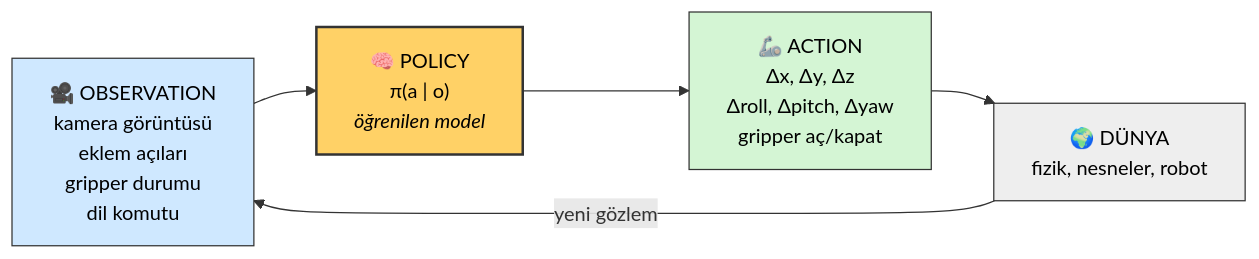
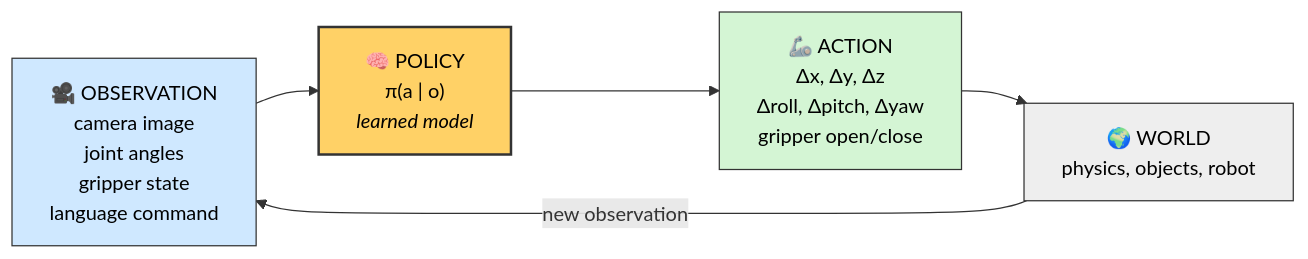
The diagram in lectures/images/lecture-01/01-loop.mmd (mesutd0nmez/vla-robot-learning-tr), drawn with Mermaid before and after one commit. The commit also changed 430 other files, not shown here.

```diff
--- a/lectures/images/lecture-01/01-loop.mmd
+++ b/lectures/images/lecture-01/01-loop.mmd
@@ -1,9 +1,9 @@
 flowchart LR
-    O["🎥 OBSERVATION<br/>kamera görüntüsü<br/>eklem açıları<br/>gripper durumu<br/>dil komutu"] --> P["🧠 POLICY<br/>π(a | o)<br/><i>öğrenilen model</i>"]
-    P --> A["🦾 ACTION<br/>Δx, Δy, Δz<br/>Δroll, Δpitch, Δyaw<br/>gripper aç/kapat"]
-    A --> W["🌍 DÜNYA<br/>fizik, nesneler, robot"]
-    W -->|"yeni gözlem"| O
+    O["🎥 OBSERVATION<br/>camera image<br/>joint angles<br/>gripper state<br/>language command"] --> P["🧠 POLICY<br/>π(a | o)<br/><i>learned model</i>"]
+    P --> A["🦾 ACTION<br/>Δx, Δy, Δz<br/>Δroll, Δpitch, Δyaw<br/>gripper open/close"]
+    A --> W["🌍 WORLD<br/>physics, objects, robot"]
+    W -->|"new observation"| O
     style P fill:#ffd166,stroke:#333,stroke-width:2px,color:#000
     style O fill:#cfe8ff,stroke:#333,color:#000
     style A fill:#d4f5d4,stroke:#333,color:#000
     style W fill:#eee,stroke:#333,color:#000
```
